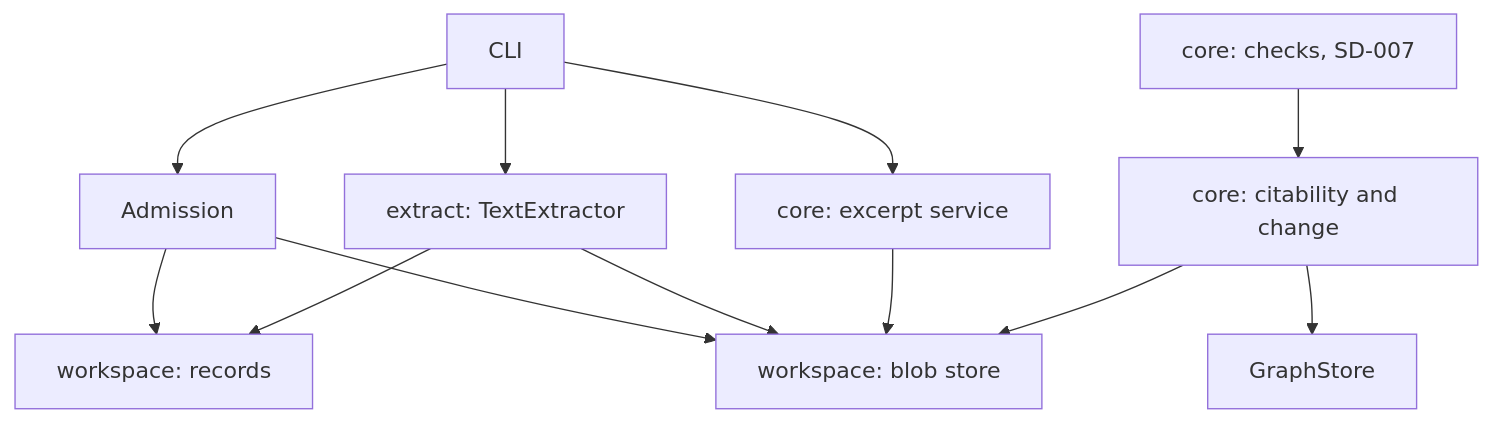
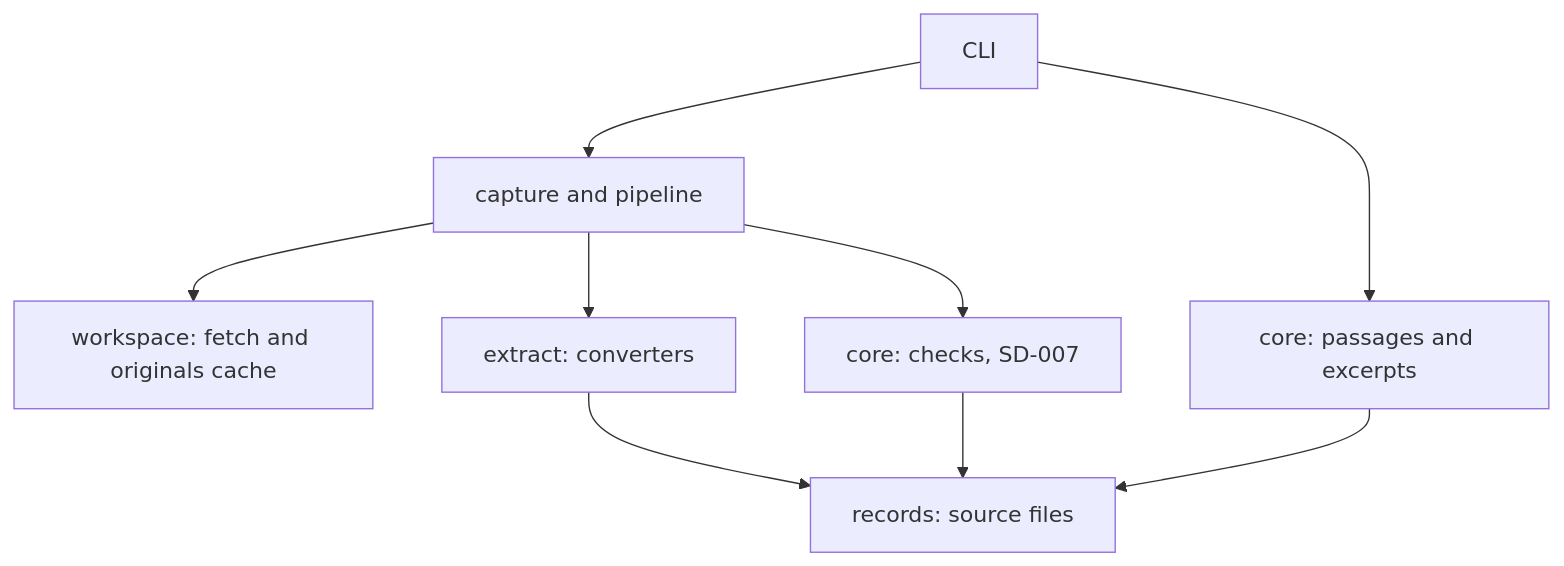
Before and after one commit to DocumentDrivenDX/stemma: the second of 2 diagrams in docs/stemma/02-design/solution-designs/SD-002-source-corpus.md, drawn with Mermaid. The commit also changed other lines of this file and 80 other files, not shown here.

First line of the commit message:
Evolve specs: source files in the repository, the capture-to-citation chain, and verification

````diff
--- a/docs/stemma/02-design/solution-designs/SD-002-source-corpus.md
+++ b/docs/stemma/02-design/solution-designs/SD-002-source-corpus.md
@@ -219,14 +180,11 @@
 ```mermaid
 graph TD
-    CLI --> Admission
-    Admission --> Blobs["workspace: blob store"]
-    Admission --> Records["workspace: records"]
-    CLI --> Extraction["extract: TextExtractor"]
-    Extraction --> Blobs
-    Extraction --> Records
-    CLI --> Excerpt["core: excerpt service"]
-    Excerpt --> Blobs
-    Checks["core: checks, SD-007"] --> Citability["core: citability and change"]
-    Citability --> Blobs
-    Citability --> Graph["GraphStore"]
+    CLI --> Pipeline["capture and pipeline"]
+    Pipeline --> Fetch["workspace: fetch and originals cache"]
+    Pipeline --> Convert["extract: converters"]
+    Convert --> Format["records: source files"]
+    CLI --> Passage["core: passages and excerpts"]
+    Passage --> Format
+    Checks["core: checks, SD-007"] --> Format
+    Pipeline --> Checks
 ```
````
